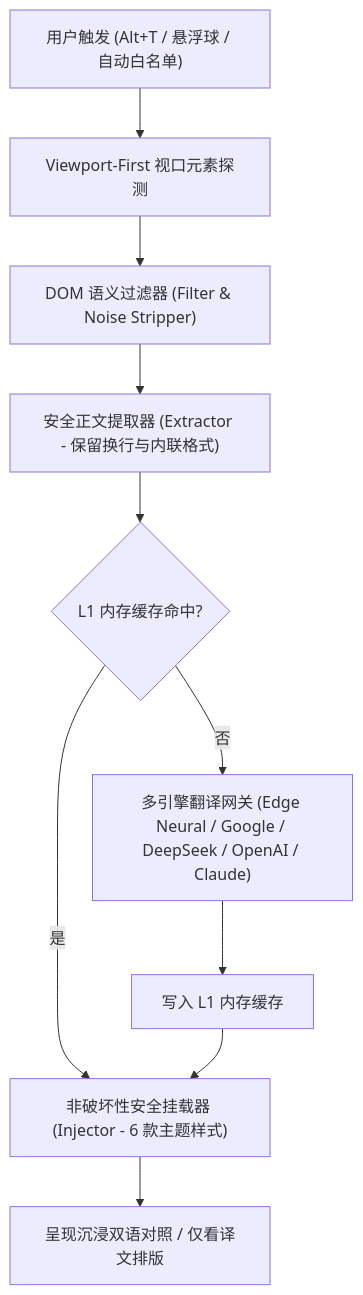
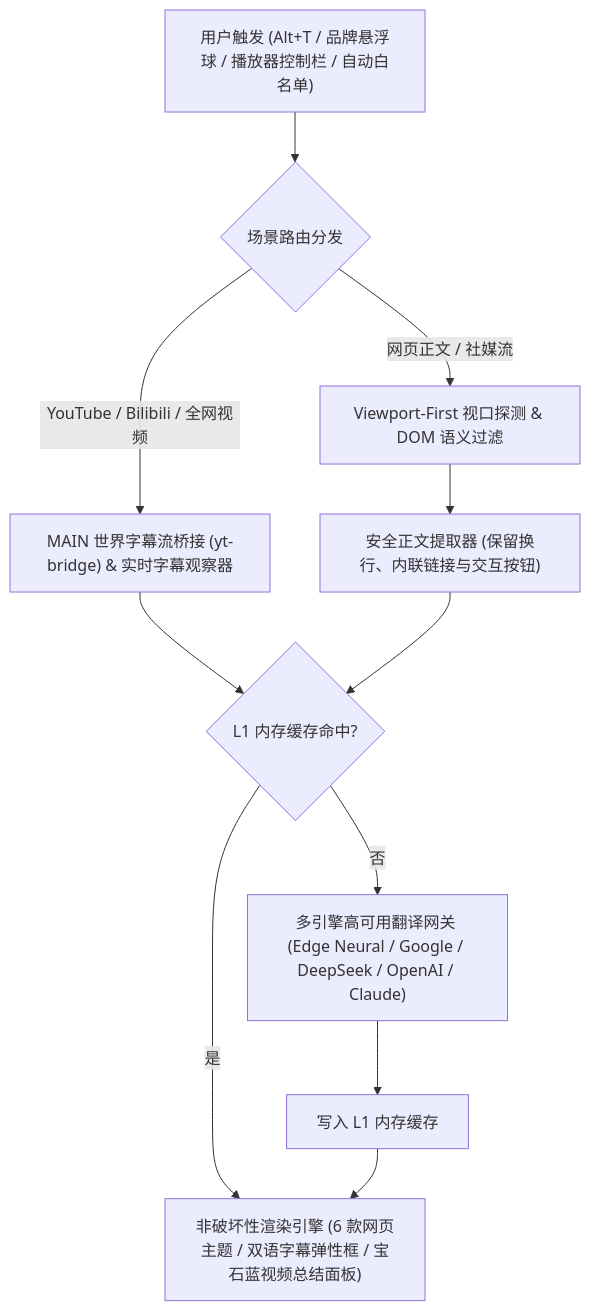
The diagram in README.md (stwbos/translate-king), drawn with Mermaid before and after one commit. The commit also changed other lines of this file and 20 other files, not shown here.

Commit message:
feat(video): add universal & bilibili video summary, brand logo controls, anti-honeypot subtitle bridge, and royal-blue summary UI

````diff
--- a/README.md
+++ b/README.md
@@ -86,12 +94,13 @@
 ```mermaid
 flowchart TD
-    A["用户触发 (Alt+T / 悬浮球 / 自动白名单)"] --> B["Viewport-First 视口元素探测"]
-    B --> C["DOM 语义过滤器 (Filter & Noise Stripper)"]
-    C --> D["安全正文提取器 (Extractor - 保留换行与内联格式)"]
-    D --> E{"L1 内存缓存命中?"}
-    E -- 是 --> G["非破坏性安全挂载器 (Injector - 6 款主题样式)"]
-    E -- 否 --> F["多引擎翻译网关 (Edge Neural / Google / DeepSeek / OpenAI / Claude)"]
+    A["用户触发 (Alt+T / 品牌悬浮球 / 播放器控制栏 / 自动白名单)"] --> B{"场景路由分发"}
+    B -- "网页正文 / 社媒流" --> C["Viewport-First 视口探测 & DOM 语义过滤"]
+    B -- "YouTube / Bilibili / 全网视频" --> V["MAIN 世界字幕流桥接 (yt-bridge) & 实时字幕观察器"]
+    C --> D["安全正文提取器 (保留换行、内联链接与交互按钮)"]
+    V --> E{"L1 内存缓存命中?"}
+    D --> E
+    E -- "是" --> G["非破坏性渲染引擎 (6 款网页主题 / 双语字幕弹性框 / 宝石蓝视频总结面板)"]
+    E -- "否" --> F["多引擎高可用翻译网关 (Edge Neural / Google / DeepSeek / OpenAI / Claude)"]
     F --> H["写入 L1 内存缓存"]
     H --> G
-    G --> I["呈现沉浸双语对照 / 仅看译文排版"]
 ```
````
